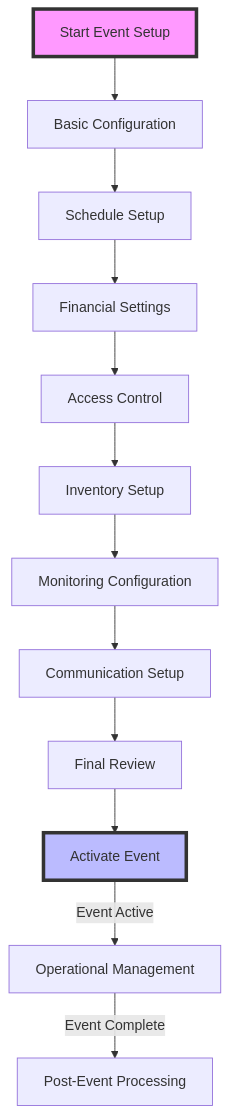
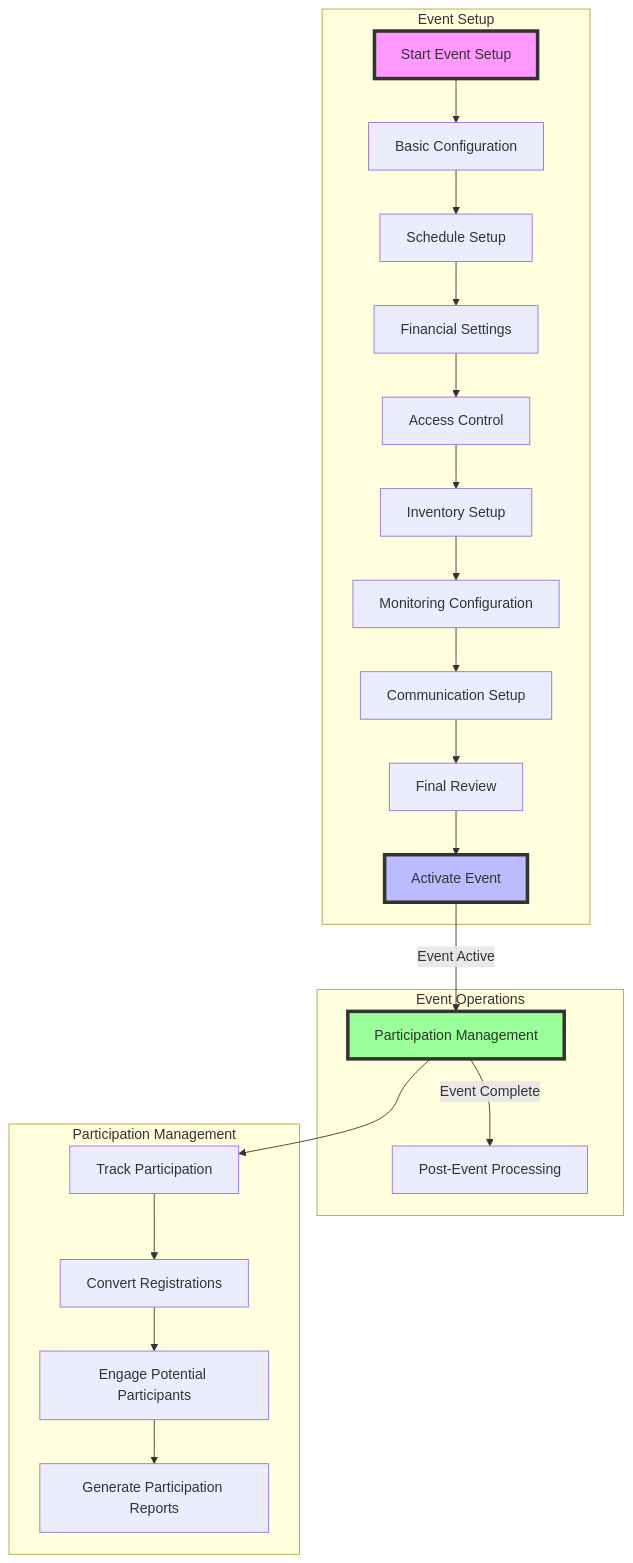
Before and after one commit to atEverychance/ProjectCR: the diagram in docs/diagrams/event-management-flow.mmd, drawn with Mermaid. The commit also changed 6 other files, not shown here.

Commit message:
Updated architecture overview and data model documentation

```diff
--- a/docs/diagrams/event-management-flow.mmd
+++ b/docs/diagrams/event-management-flow.mmd
@@ -1,16 +1,28 @@
 flowchart TD
-    Start[Start Event Setup] --> BasicConfig[Basic Configuration]
-    BasicConfig --> Schedule[Schedule Setup]
-    Schedule --> Financial[Financial Settings]
-    Financial --> Access[Access Control]
-    Access --> Inventory[Inventory Setup]
-    Inventory --> Monitoring[Monitoring Configuration]
-    Monitoring --> Communication[Communication Setup]
-    Communication --> FinalReview[Final Review]
-    FinalReview --> Activate[Activate Event]
+    subgraph "Event Setup"
+        Start[Start Event Setup] --> BasicConfig[Basic Configuration]
+        BasicConfig --> Schedule[Schedule Setup]
+        Schedule --> Financial[Financial Settings]
+        Financial --> Access[Access Control]
+        Access --> Inventory[Inventory Setup]
+        Inventory --> Monitoring[Monitoring Configuration]
+        Monitoring --> Communication[Communication Setup]
+        Communication --> FinalReview[Final Review]
+        FinalReview --> Activate[Activate Event]
+    end
     
-    Activate -->|Event Active| Operations[Operational Management]
-    Operations -->|Event Complete| Reconciliation[Post-Event Processing]
+    subgraph "Event Operations"
+        Activate -->|Event Active| Participation[Participation Management]
+        Participation -->|Event Complete| Reconciliation[Post-Event Processing]
+    end
+    
+    subgraph "Participation Management"
+        Participation --> Track[Track Participation]
+        Track --> Convert[Convert Registrations]
+        Convert --> Engage[Engage Potential Participants]
+        Engage --> Report[Generate Participation Reports]
+    end
     
     style Start fill:#f9f,stroke:#333,stroke-width:4px
     style Activate fill:#bbf,stroke:#333,stroke-width:4px
+    style Participation fill:#9f9,stroke:#333,stroke-width:4px
```
